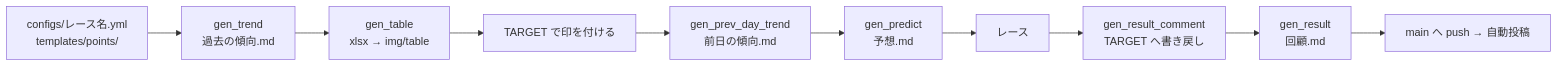
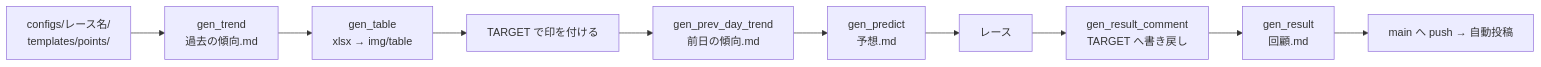
One commit to Kubo-Tech/g1-predict changed the diagram in docs/workflow.md. Above: the diagram before and after it, drawn with Mermaid. The commit also changed other lines of this file and 22 other files, not shown here.

````diff
--- a/docs/workflow.md
+++ b/docs/workflow.md
@@ -5,12 +5,12 @@
 ```mermaid
 flowchart LR
-    A[configs/レース名.yml<br/>templates/points/] --> B[gen_trend<br/>過去の傾向.md]
+    A[configs/レース名/<br/>templates/points/] --> B[gen_trend<br/>過去の傾向.md]
     B --> C[gen_table<br/>xlsx → img/table]
     C --> D[TARGET で印を付ける]
     D --> P[gen_prev_day_trend<br/>前日の傾向.md]
     P --> E[gen_predict<br/>予想.md]
     E --> F[レース]
     F --> G[gen_result_comment<br/>TARGET へ書き戻し]
     G --> H[gen_result<br/>回顧.md]
     H --> I[main へ push → 自動投稿]
 ```
````
